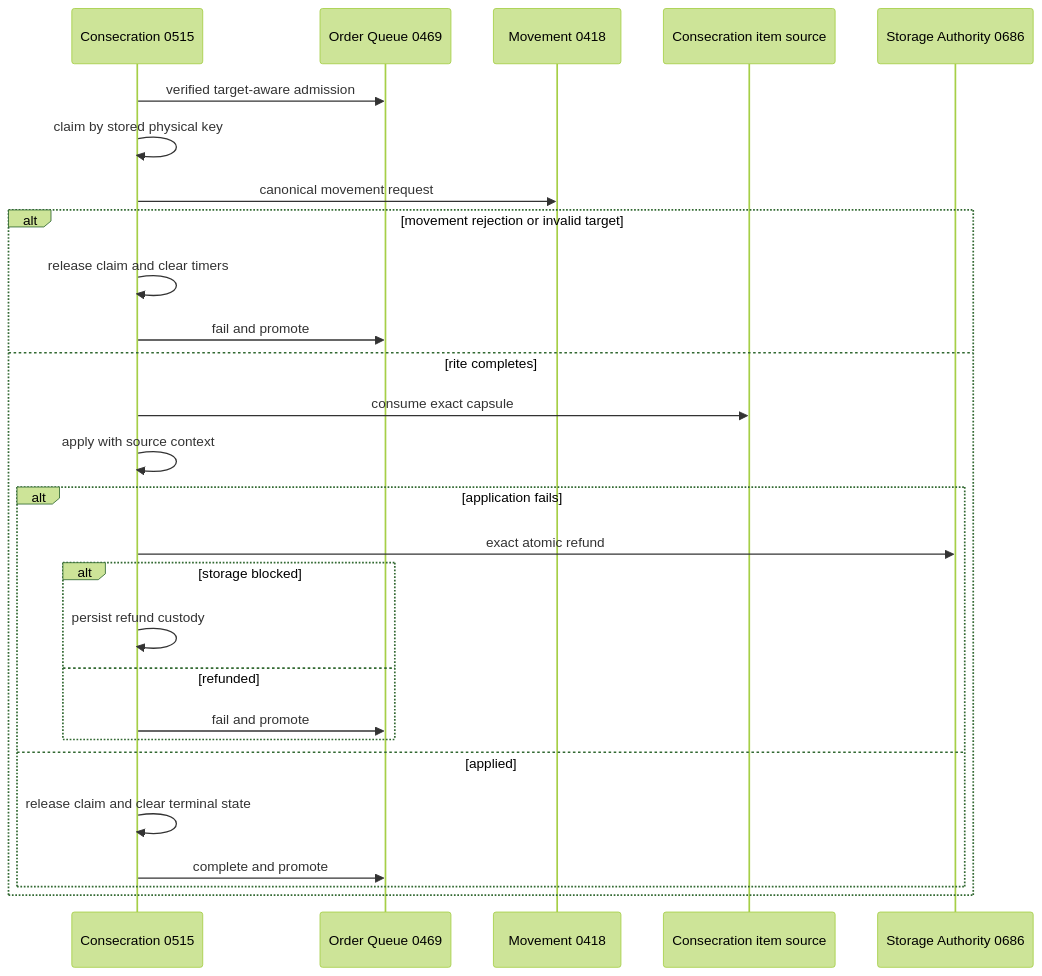
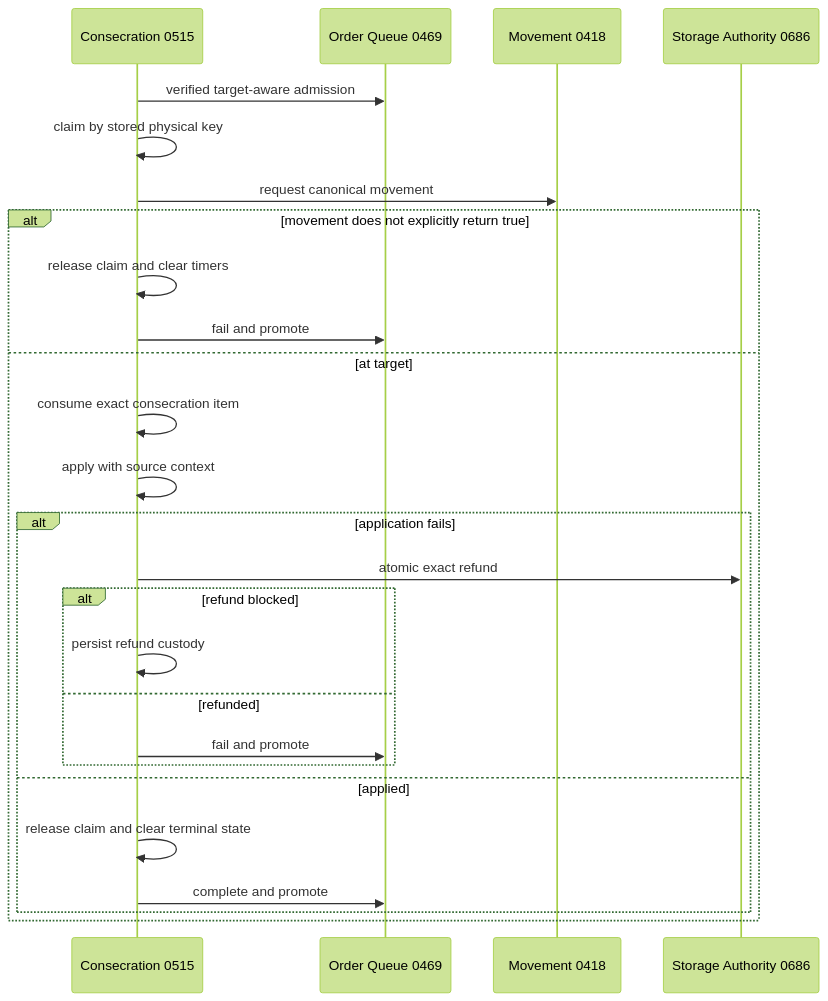
The sixth of 15 diagrams in docs/RECOVERY_AUTHORITY_MAP_CURRENT.md (mrcalzon02/Tech-Priests), drawn with Mermaid (forest theme) before and after one commit. The commit also changed other lines of this file, not shown here.

````diff
--- a/docs/RECOVERY_AUTHORITY_MAP_CURRENT.md
+++ b/docs/RECOVERY_AUTHORITY_MAP_CURRENT.md
@@ -122,30 +156,29 @@
 ```mermaid
 sequenceDiagram
     participant C as Consecration 0515
     participant Q as Order Queue 0469
     participant M as Movement 0418
-    participant I as Consecration item source
     participant S as Storage Authority 0686
 
     C->>Q: verified target-aware admission
     C->>C: claim by stored physical key
-    C->>M: canonical movement request
-    alt movement rejection or invalid target
+    C->>M: request canonical movement
+    alt movement does not explicitly return true
         C->>C: release claim and clear timers
         C->>Q: fail and promote
-    else rite completes
-        C->>I: consume exact capsule
+    else at target
+        C->>C: consume exact consecration item
         C->>C: apply with source context
         alt application fails
-            C->>S: exact atomic refund
-            alt storage blocked
+            C->>S: atomic exact refund
+            alt refund blocked
                 C->>C: persist refund custody
             else refunded
                 C->>Q: fail and promote
             end
         else applied
             C->>C: release claim and clear terminal state
             C->>Q: complete and promote
         end
     end
 ```
````
